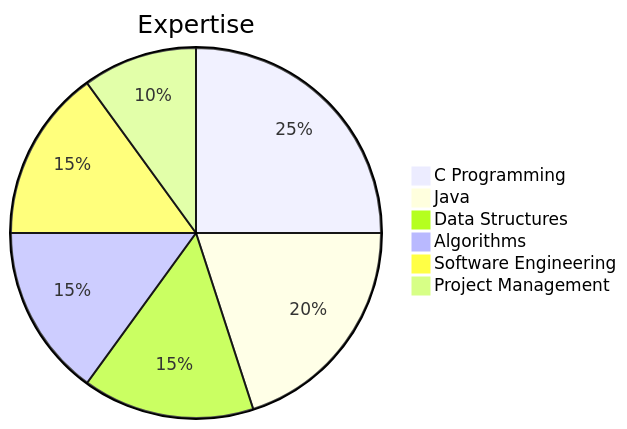
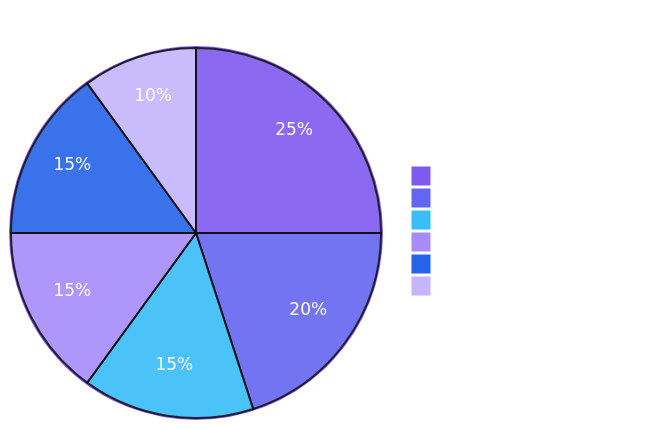
The diagram in README.md (Maysha082/Maysha082), drawn with Mermaid before and after one commit.

Commit message:
Enhance pie chart configuration in README
Added configuration options for the pie chart in the skills overview section.

````diff
--- a/README.md
+++ b/README.md
@@ -54,9 +54,27 @@
 ```mermaid
-pie title Expertise
+---
+config:
+  theme: base
+  themeVariables:
+    pie1: "#7F5AF0"
+    pie2: "#6366F1"
+    pie3: "#38BDF8"
+    pie4: "#A78BFA"
+    pie5: "#2563EB"
+    pie6: "#C4B5FD"
+    pieSectionTextColor: "#FFFFFF"
+    pieLegendTextColor: "#FFFFFF"
+    pieTitleTextColor: "#FFFFFF"
+    pieStrokeColor: "#0D1117"
+    pieOuterStrokeColor: "#8B5CF6"
+    pieOpacity: 0.9
+---
+pie showData
+    title Expertise
     "C Programming" : 25
     "Java" : 20
     "Data Structures" : 15
     "Algorithms" : 15
     "Software Engineering" : 15
     "Project Management" : 10
 ```
````
